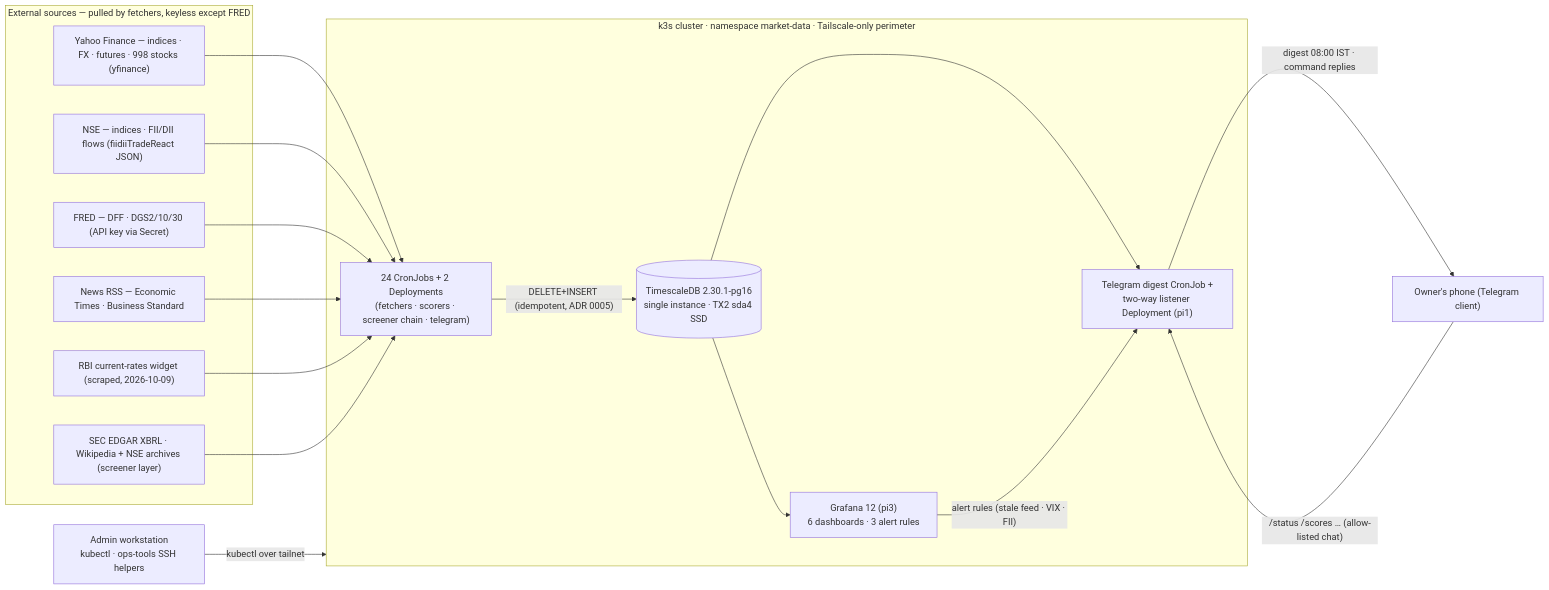
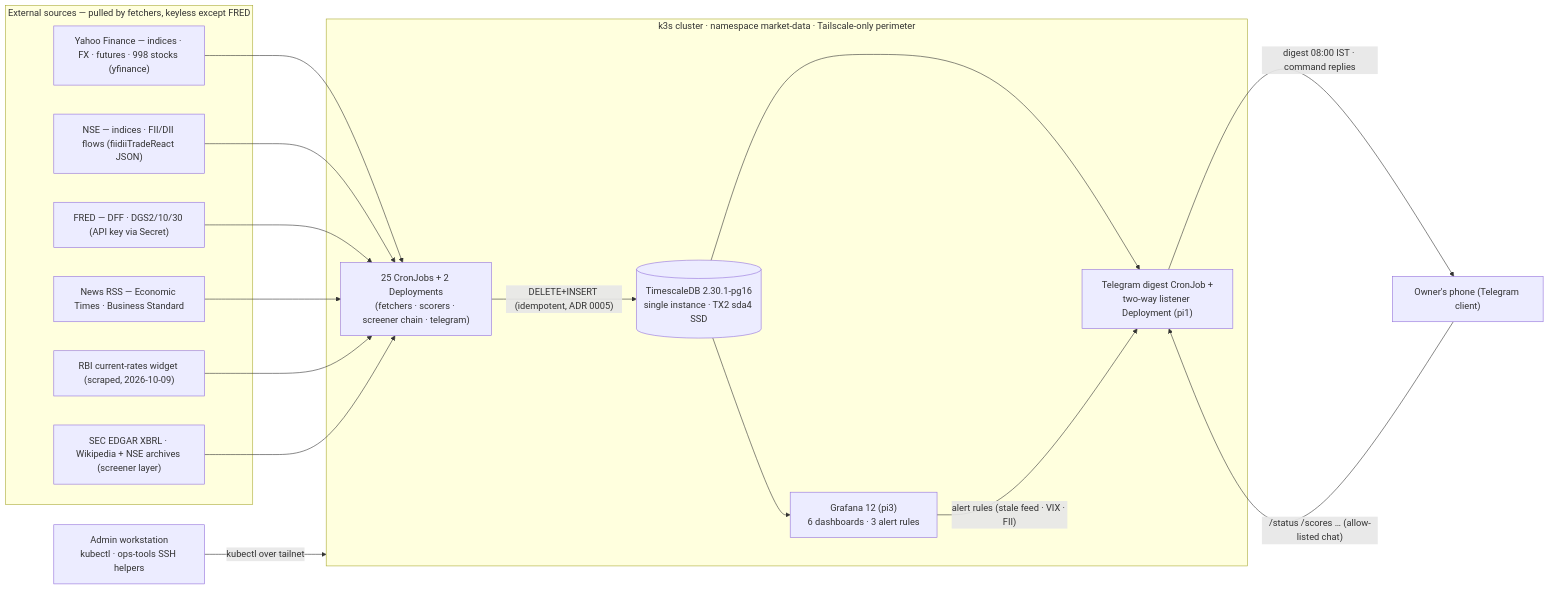
One commit to ahemanthyadav/-pi-market-pipeline changed the first of 9 diagrams in docs/market-data-architecture.md. Above: the diagram before and after it, drawn with Mermaid. The commit also changed other lines of this file and 34 other files, not shown here.

````diff
--- a/docs/market-data-architecture.md
+++ b/docs/market-data-architecture.md
@@ -69,35 +69,35 @@
 ```mermaid
 flowchart LR
     subgraph EXT["External sources — pulled by fetchers, keyless except FRED"]
         YF["Yahoo Finance — indices · FX · futures · 998 stocks (yfinance)"]
         NSE["NSE — indices · FII/DII flows (fiidiiTradeReact JSON)"]
         FRED["FRED — DFF · DGS2/10/30 (API key via Secret)"]
         RSS["News RSS — Economic Times · Business Standard"]
         RBIW["RBI current-rates widget (scraped, 2026-10-09)"]
         EDGR["SEC EDGAR XBRL · Wikipedia + NSE archives (screener layer)"]
     end
 
     subgraph K8S["k3s cluster · namespace market-data · Tailscale-only perimeter"]
-        JOBS["24 CronJobs + 2 Deployments<br/>(fetchers · scorers · screener chain · telegram)"]
+        JOBS["25 CronJobs + 2 Deployments<br/>(fetchers · scorers · screener chain · telegram)"]
         TSDB[("TimescaleDB 2.30.1-pg16<br/>single instance · TX2 sda4 SSD")]
         GRAF["Grafana 12 (pi3)<br/>6 dashboards · 3 alert rules"]
         TGB["Telegram digest CronJob +<br/>two-way listener Deployment (pi1)"]
     end
 
     ADMIN["Admin workstation<br/>kubectl · ops-tools SSH helpers"]
     PHONE["Owner's phone (Telegram client)"]
 
     YF --> JOBS
     NSE --> JOBS
     FRED --> JOBS
     RSS --> JOBS
     RBIW --> JOBS
     EDGR --> JOBS
     JOBS -- "DELETE+INSERT (idempotent, ADR 0005)" --> TSDB
     TSDB --> GRAF
     TSDB --> TGB
     GRAF -- "alert rules (stale feed · VIX · FII)" --> TGB
     TGB -- "digest 08:00 IST · command replies" --> PHONE
     PHONE -- "/status /scores … (allow-listed chat)" --> TGB
     ADMIN -- "kubectl over tailnet" --> K8S
 ```
````
